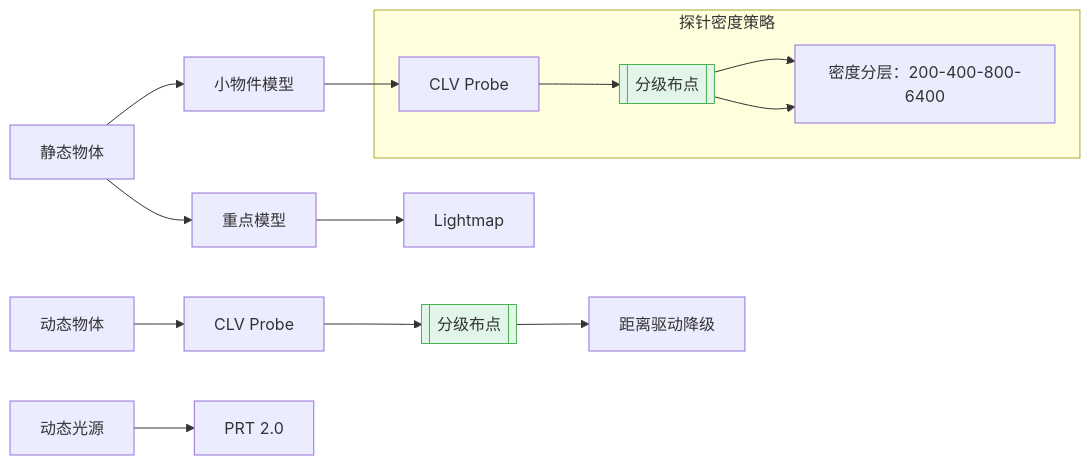
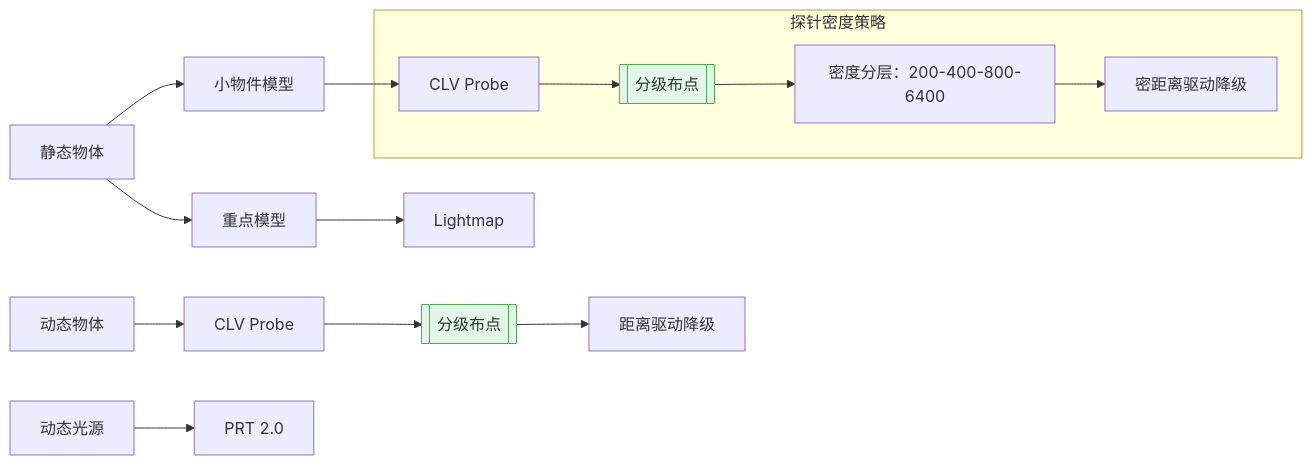
One commit to archieluan/iodraw-files changed the diagram in all/未命名-5.md. Above: the diagram before and after it, drawn with Mermaid.

Commit message:
2025-07-08 11:00:45 update

````diff
--- a/all/未命名-5.md
+++ b/all/未命名-5.md
@@ -1,22 +1,22 @@
 ```mermaid
 graph LR
   %% 保留原基础框架
   A[静态物体] --> A1[重点模型] --> A2[Lightmap]
   A --> B[小物件模型] --> B1[CLV Probe]
   
   %% 新增分级标注
   subgraph 探针密度策略
     B1 --> C[[分级布点]]
     C --> C1["密度分层：200-400-800-6400"]
-    C --> C1["密度分层：200-400-800-6400"]
+    C1 --> C2["密距离驱动降级"]
     style C fill:#e1f5e8,stroke:#4caf50
   end
   
   %% 动态部分严格区分
   D[动态物体] --> D1[CLV Probe] 
   D1 --> D2[[分级布点]] 
   D2 --> D3[距离驱动降级]
   style D2 fill:#e1f5e8,stroke:#4caf50
   
   E[动态光源] --> E1[PRT 2.0]
 ```
````
